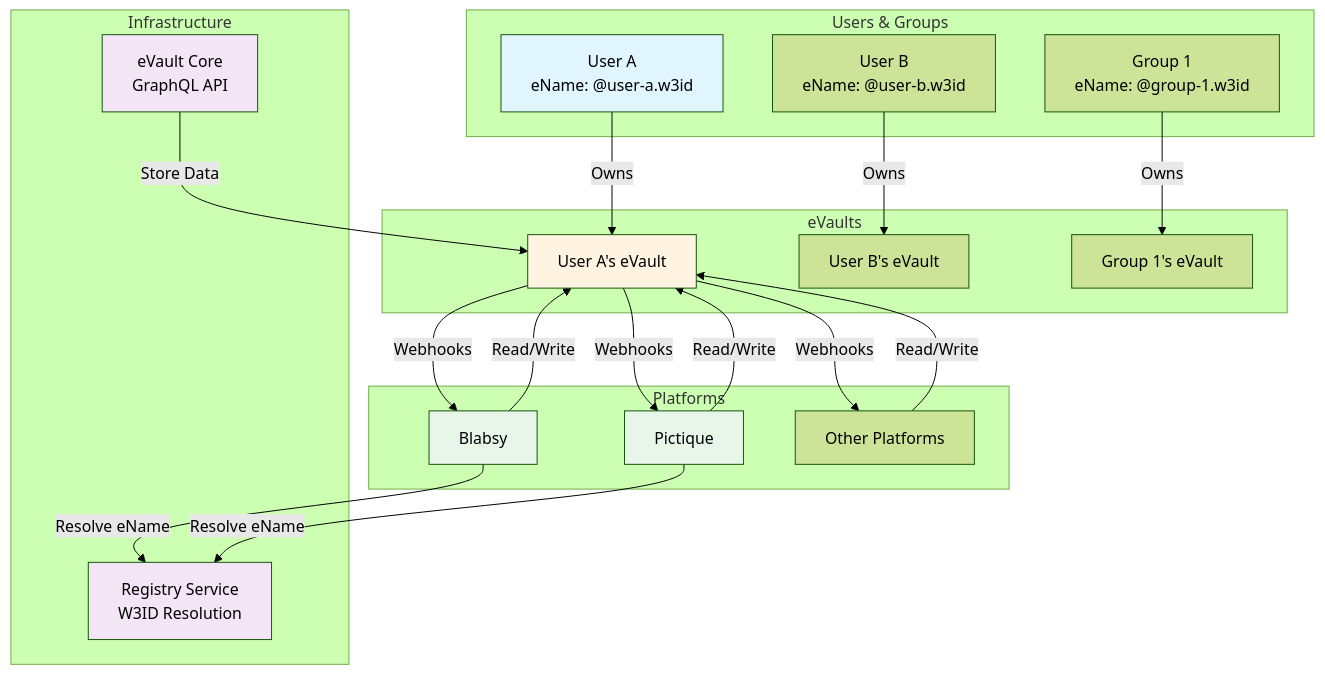
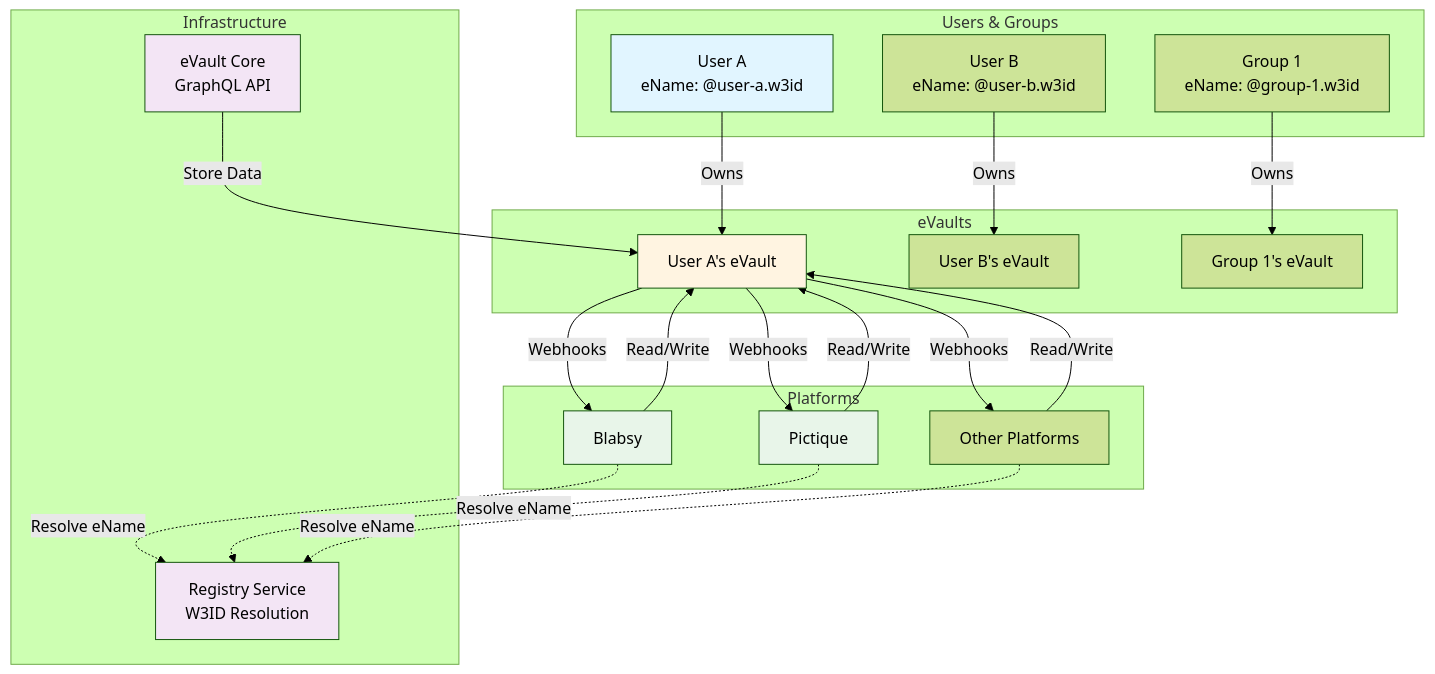
Before and after one commit to MetaState-Prototype-Project/prototype: the first of 3 diagrams in docs/docs/Getting Started/getting-started.md, drawn with Mermaid (forest theme). The commit also changed other lines of this file, not shown here.

````diff
--- a/docs/docs/Getting Started/getting-started.md
+++ b/docs/docs/Getting Started/getting-started.md
@@ -38,48 +37,49 @@
 ```mermaid
 graph TB
     subgraph Users["Users & Groups"]
         UserA[User A<br/>eName: @user-a.w3id]
         UserB[User B<br/>eName: @user-b.w3id]
         Group1[Group 1<br/>eName: @group-1.w3id]
     end
 
     subgraph EVaults["eVaults"]
         EVaultA[User A's eVault]
         EVaultB[User B's eVault]
         EVaultG1[Group 1's eVault]
     end
 
     subgraph Platforms["Platforms"]
         Blabsy[Blabsy]
         Pictique[Pictique]
         OtherPlatform[Other Platforms]
     end
 
     subgraph Infrastructure["Infrastructure"]
         Registry[Registry Service<br/>W3ID Resolution]
         EVaultCore[eVault Core<br/>GraphQL API]
     end
 
     UserA -->|Owns| EVaultA
     UserB -->|Owns| EVaultB
     Group1 -->|Owns| EVaultG1
 
     Blabsy -->|Read/Write| EVaultA
     Pictique -->|Read/Write| EVaultA
     OtherPlatform -->|Read/Write| EVaultA
 
     EVaultA -->|Webhooks| Blabsy
     EVaultA -->|Webhooks| Pictique
     EVaultA -->|Webhooks| OtherPlatform
 
-    Blabsy -->|Resolve eName| Registry
-    Pictique -->|Resolve eName| Registry
+    Blabsy -.->|Resolve eName| Registry
+    Pictique -.->|Resolve eName| Registry
+    OtherPlatform -.->|Resolve eName| Registry
     EVaultCore -->|Store Data| EVaultA
 
     style UserA fill:#e1f5ff,color:#000000
     style EVaultA fill:#fff4e1,color:#000000
     style Blabsy fill:#e8f5e9,color:#000000
     style Pictique fill:#e8f5e9,color:#000000
     style Registry fill:#f3e5f5,color:#000000
     style EVaultCore fill:#f3e5f5,color:#000000
 ```
````
